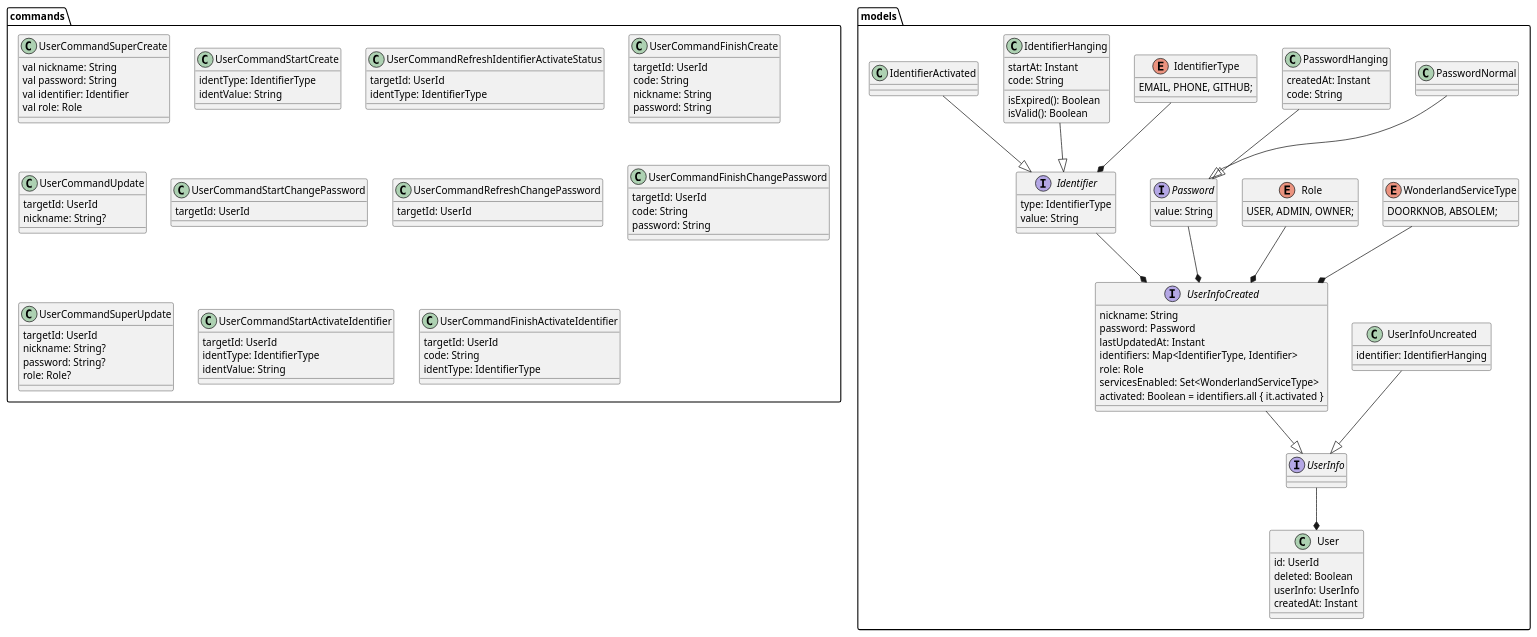
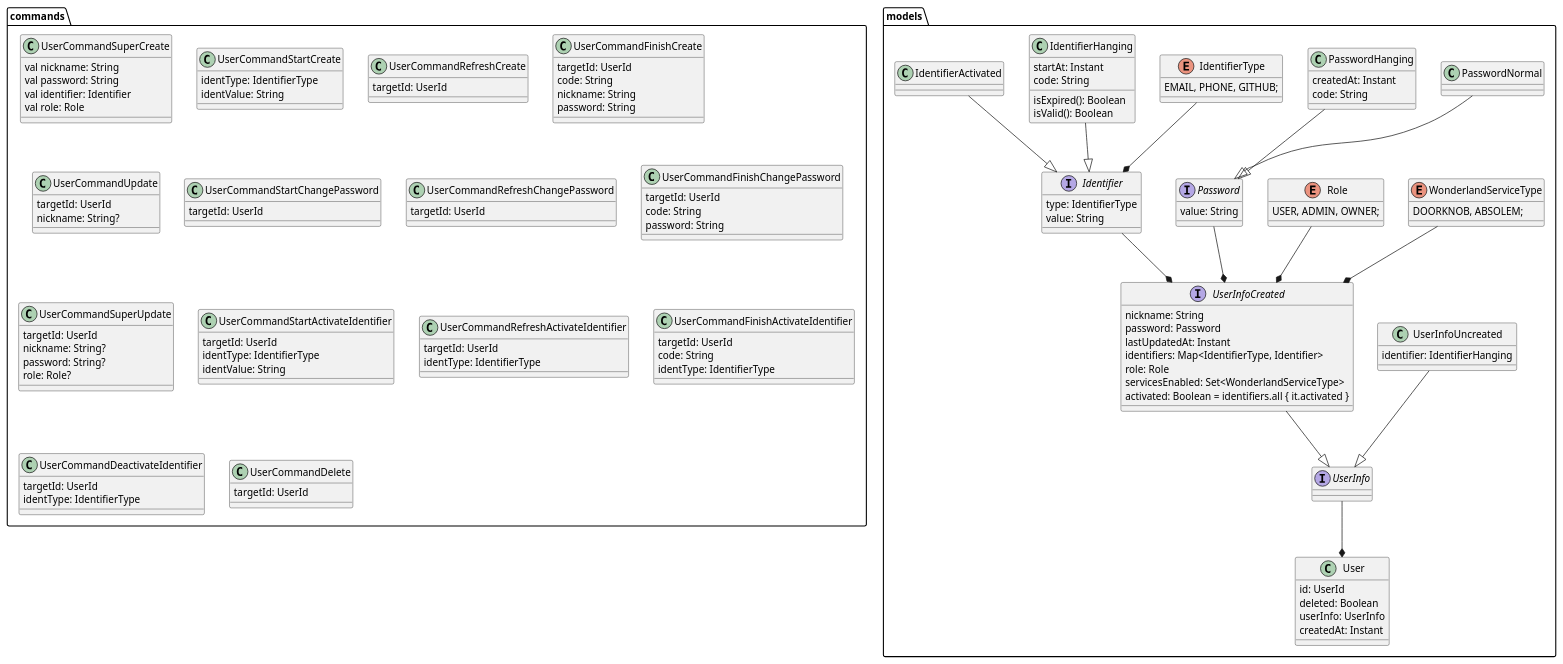
One commit to alices-wonderland/doorknob changed diagram 18 of 18 in docs/docs/features.md. Above: the diagram before and after it, drawn with PlantUML. The commit also changed other lines of this file and 14 other files, not shown here.

````diff
--- a/docs/docs/features.md
+++ b/docs/docs/features.md
@@ -661,9 +661,8 @@
     identValue: String
   }
 
-  class UserCommandRefreshIdentifierActivateStatus {
+  class UserCommandRefreshCreate {
     targetId: UserId
-    identType: IdentifierType
   }
 
   class UserCommandFinishCreate {
@@ -705,11 +704,25 @@
     identValue: String
   }
 
+  class UserCommandRefreshActivateIdentifier {
+    targetId: UserId
+    identType: IdentifierType
+  }
+
   class UserCommandFinishActivateIdentifier {
     targetId: UserId
     code: String
     identType: IdentifierType
   }
+
+  class UserCommandDeactivateIdentifier {
+    targetId: UserId
+    identType: IdentifierType
+  }
+
+  class UserCommandDelete {
+    targetId: UserId
+  }
 }
 @enduml
 ```
````
